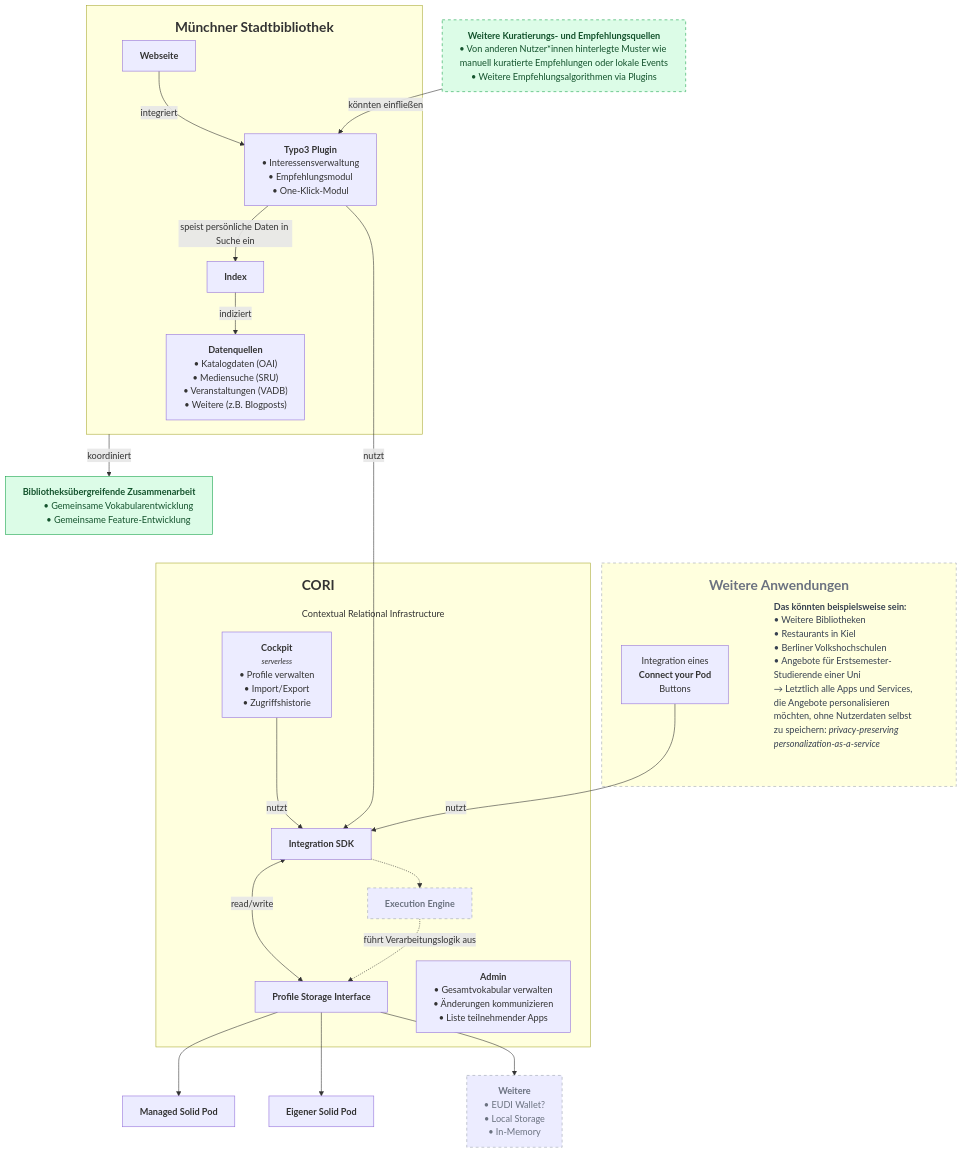
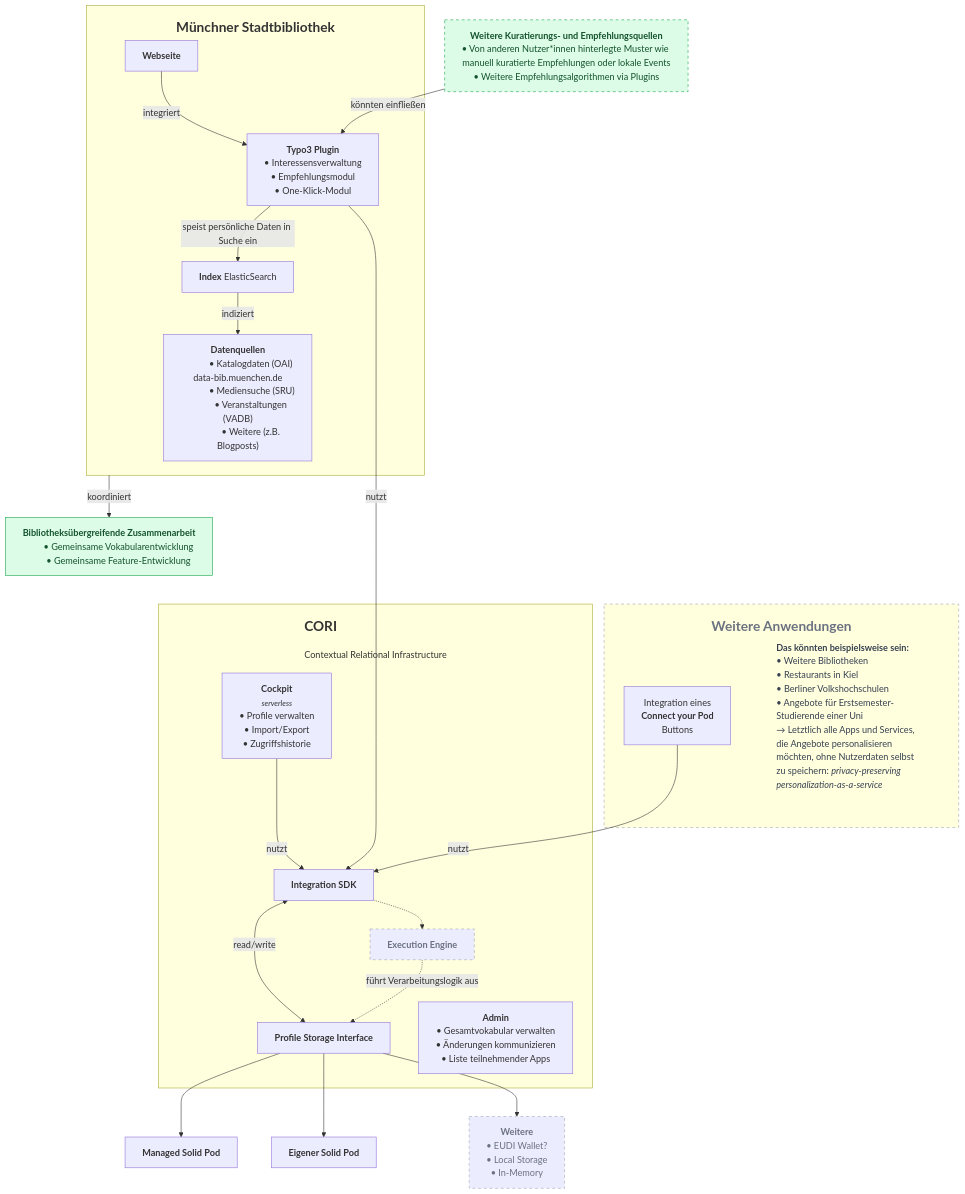
One commit to it-at-m/bib-pods changed the diagram in README.md. Above: the diagram before and after it, drawn with Mermaid.

Commit message:
data-bib.muenchen.de, ES
tel besprochen

```diff
--- a/README.md
+++ b/README.md
@@ -24,7 +24,7 @@
 
     subgraph msb["<h2>Münchner Stadtbibliothek</h2>"]
         data["<b>Datenquellen</b>
-            #bull; Katalogdaten (OAI)
+            #bull; Katalogdaten (OAI) data-bib.muenchen.de
             #bull; Mediensuche (SRU)
             #bull; Veranstaltungen (VADB)
             #bull; Weitere (z.B. Blogposts)
@@ -35,7 +35,7 @@
             #bull; Empfehlungsmodul
             #bull; One-Klick-Modul
         "]
-        index["<b>Index</b>"]
+        index["<b>Index</b> ElasticSearch"]
         typo3 -->|speist persönliche Daten in Suche ein| index
         index -->|indiziert| data
         site -->|integriert| typo3
```
